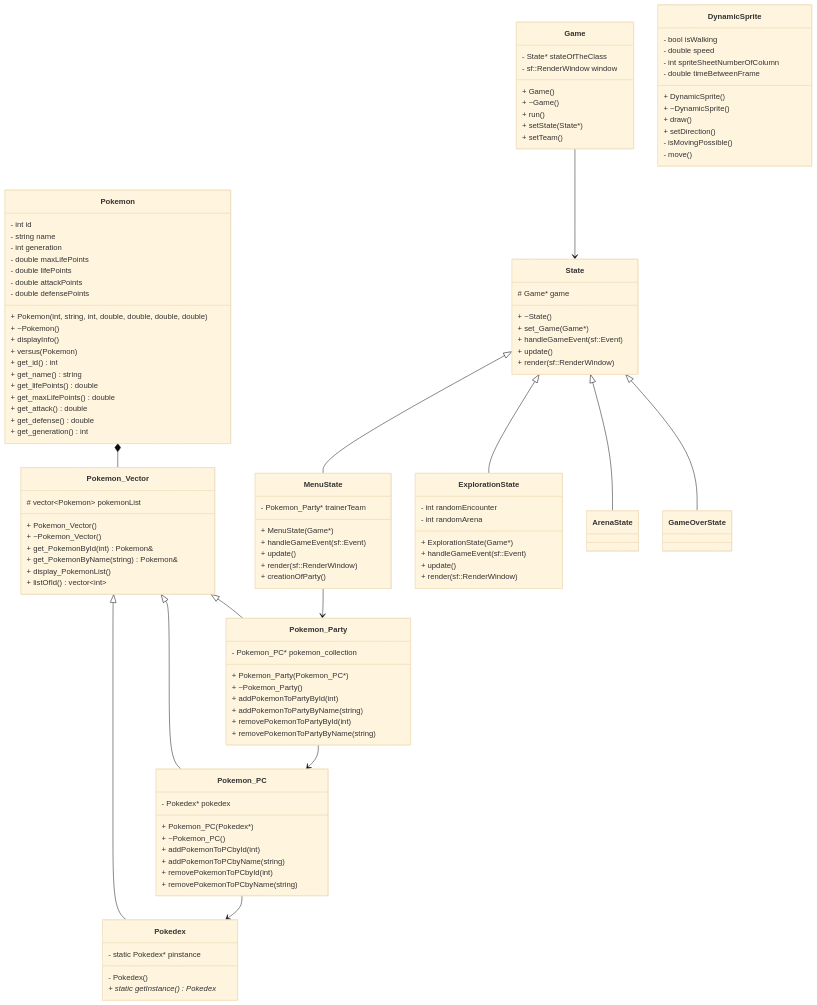
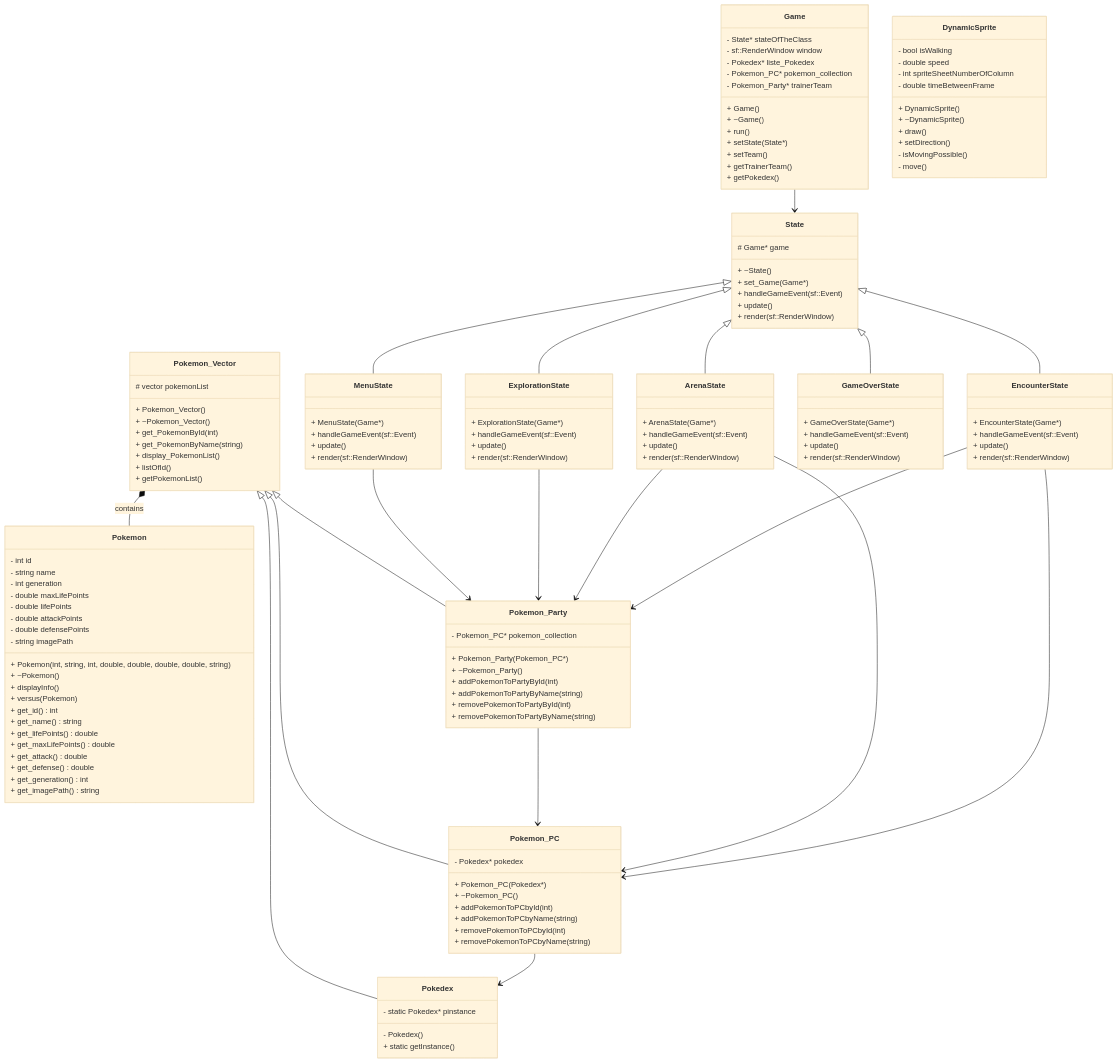
Before and after one commit to PreClomard/Intro_Cpp_TP_PokemonSelector: the diagram in README.md, drawn with Mermaid (base theme). The commit also changed other lines of this file and 18 other files, not shown here.

```diff
--- a/README.md
+++ b/README.md
@@ -73,7 +79,8 @@
     - double lifePoints
     - double attackPoints
     - double defensePoints
-    + Pokemon(int, string, int, double, double, double, double)
+    - string imagePath
+    + Pokemon(int, string, int, double, double, double, double, string)
     + ~Pokemon()
     + displayInfo()
     + versus(Pokemon)
@@ -84,23 +91,24 @@
     + get_attack() double
     + get_defense() double
     + get_generation() int
+    + get_imagePath() string
 }
-Pokemon *-- Pokemon_Vector
 
 class Pokemon_Vector {
-    # vector~Pokemon~ pokemonList
+    # vector<Pokemon> pokemonList
     + Pokemon_Vector()
     + ~Pokemon_Vector()
-    + get_PokemonById(int) Pokemon&
-    + get_PokemonByName(string) Pokemon&
+    + get_PokemonById(int)
+    + get_PokemonByName(string)
     + display_PokemonList()
-    + listOfId() vector~int~
+    + listOfId()
+    + getPokemonList()
 }
 
 class Pokedex {
     - static Pokedex* pinstance
     - Pokedex()
-    + static getInstance() Pokedex*
+    + static getInstance()
 }
 
 class Pokemon_PC {
@@ -128,17 +136,23 @@
 Pokemon_Vector <|-- Pokemon_Party
 Pokemon_PC --> Pokedex
 Pokemon_Party --> Pokemon_PC
+Pokemon_Vector *-- Pokemon : contains
 
 %% ====== GAME STATE SYSTEM ======
 
 class Game {
     - State* stateOfTheClass
     - sf::RenderWindow window
+    - Pokedex* liste_Pokedex
+    - Pokemon_PC* pokemon_collection
+    - Pokemon_Party* trainerTeam
     + Game()
     + ~Game()
     + run()
     + setState(State*)
     + setTeam()
+    + getTrainerTeam()
+    + getPokedex()
 }
 
 class State {
@@ -151,32 +165,49 @@
 }
 
 class MenuState {
-    - Pokemon_Party* trainerTeam
     + MenuState(Game*)
     + handleGameEvent(sf::Event)
     + update()
     + render(sf::RenderWindow)
-    + creationOfParty()
 }
-
 class ExplorationState {
-    - int randomEncounter
-    - int randomArena
     + ExplorationState(Game*)
     + handleGameEvent(sf::Event)
     + update()
     + render(sf::RenderWindow)
 }
+class ArenaState {
+    + ArenaState(Game*)
+    + handleGameEvent(sf::Event)
+    + update()
+    + render(sf::RenderWindow)
+}
+class GameOverState {
+    + GameOverState(Game*)
+    + handleGameEvent(sf::Event)
+    + update()
+    + render(sf::RenderWindow)
+}
+class EncounterState {
+    + EncounterState(Game*)
+    + handleGameEvent(sf::Event)
+    + update()
+    + render(sf::RenderWindow)
+}
 
-class ArenaState
-class GameOverState
+Game --> State
+MenuState --> Pokemon_Party
+ExplorationState --> Pokemon_Party
+ArenaState --> Pokemon_Party
+ArenaState --> Pokemon_PC
+EncounterState --> Pokemon_Party
+EncounterState --> Pokemon_PC
 
 State <|-- MenuState
 State <|-- ExplorationState
 State <|-- ArenaState
 State <|-- GameOverState
-Game --> State
-MenuState --> Pokemon_Party
+State <|-- EncounterState
 
 %% ====== DYNAMIC SPRITE ======
 
```
